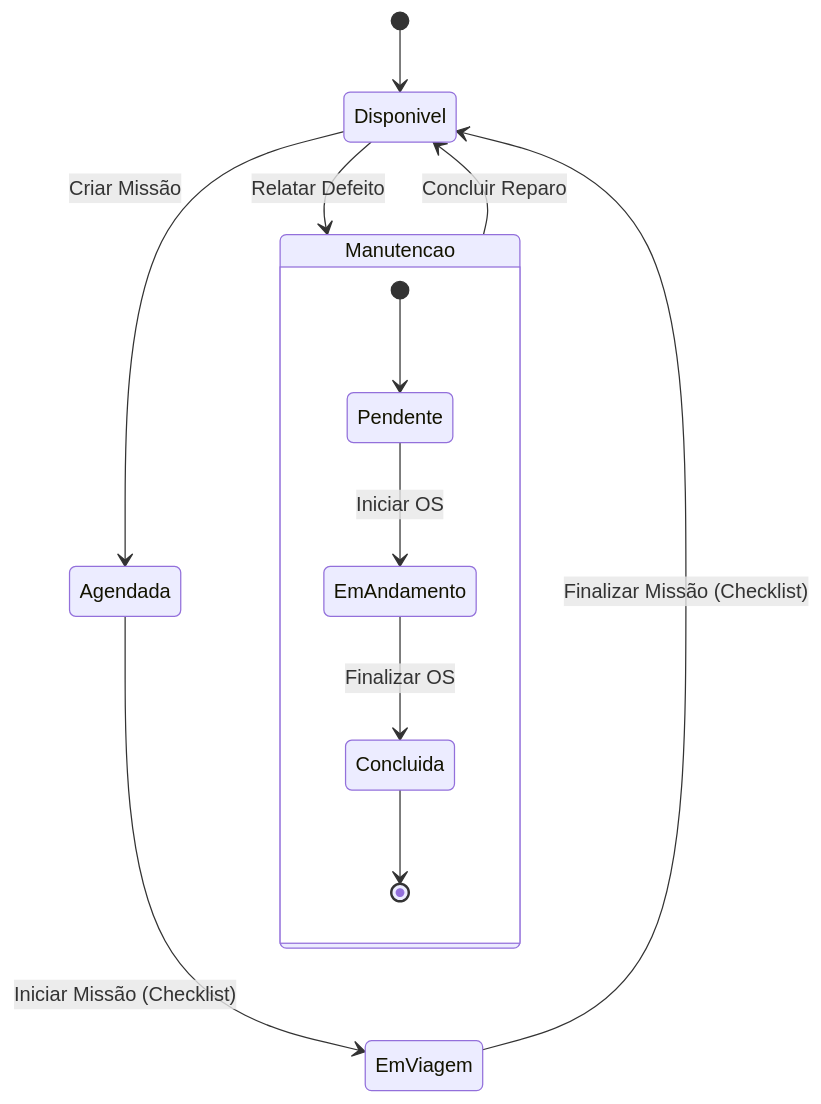
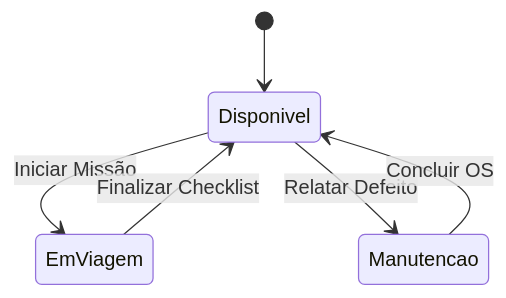
One commit to charaodaniel/CityMotion changed the fourth of 4 diagrams in docs/DIAGRAMS.md. Above: the diagram before and after it, drawn with Mermaid. The commit also changed other lines of this file and 7 other files, not shown here.

````diff
--- a/docs/DIAGRAMS.md
+++ b/docs/DIAGRAMS.md
@@ -65,16 +73,8 @@
 ```mermaid
 stateDiagram-v2
     [*] --> Disponivel
-    Disponivel --> Agendada : Criar Missão
-    Agendada --> EmViagem : Iniciar Missão (Checklist)
-    EmViagem --> Disponivel : Finalizar Missão (Checklist)
+    Disponivel --> EmViagem : Iniciar Missão
+    EmViagem --> Disponivel : Finalizar Checklist
     Disponivel --> Manutencao : Relatar Defeito
-    Manutencao --> Disponivel : Concluir Reparo
-    
-    state Manutencao {
-        [*] --> Pendente
-        Pendente --> EmAndamento : Iniciar OS
-        EmAndamento --> Concluida : Finalizar OS
-        Concluida --> [*]
-    }
+    Manutencao --> Disponivel : Concluir OS
 ```
````
